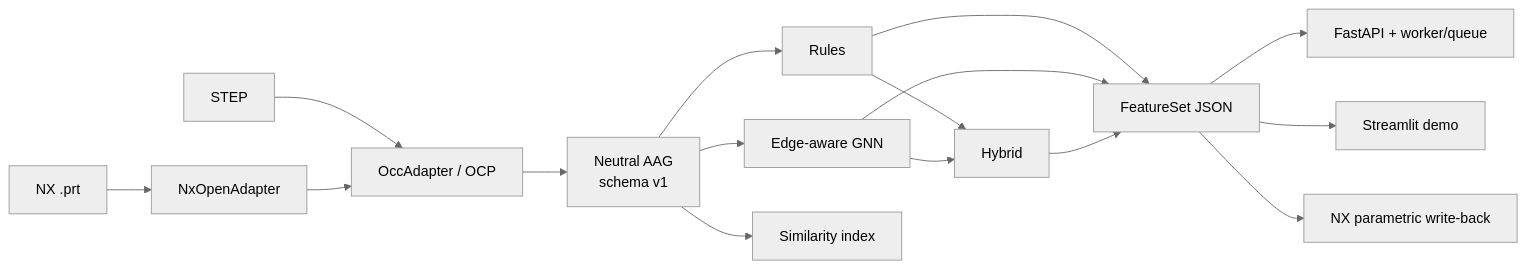
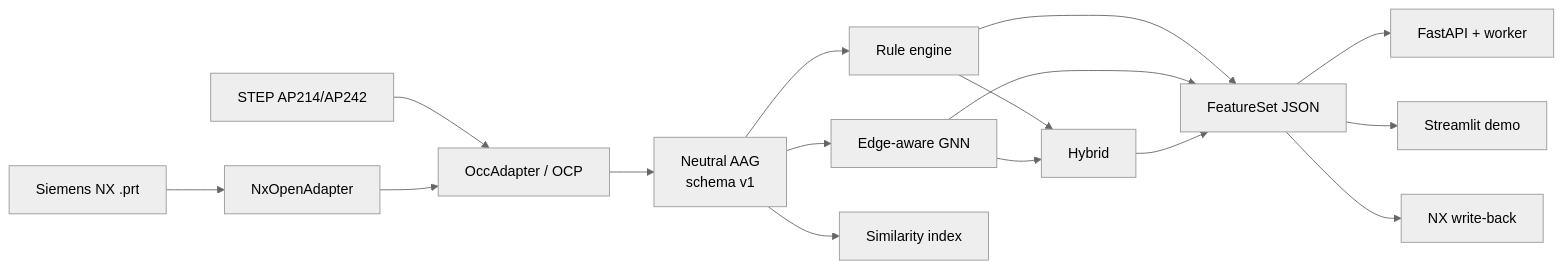
The diagram in README.md (swadhinbiswas/BRepLens), drawn with Mermaid (neutral theme) before and after one commit. The commit also changed other lines of this file and 21 other files, not shown here.

````diff
--- a/README.md
+++ b/README.md
@@ -29,18 +222,18 @@
 ```mermaid
 flowchart LR
-    STEP[STEP] --> OCC[OccAdapter / OCP]
-    NX[NX .prt] --> NXAD[NxOpenAdapter]
+    STEP[STEP AP214/AP242] --> OCC[OccAdapter / OCP]
+    NX[Siemens NX .prt] --> NXAD[NxOpenAdapter]
     NXAD --> OCC
     OCC --> IR[Neutral AAG<br/>schema v1]
-    IR --> RULES[Rules]
+    IR --> RULES[Rule engine]
     IR --> GNN[Edge-aware GNN]
     RULES --> HYB[Hybrid]
     GNN --> HYB
     RULES --> JSON[FeatureSet JSON]
     GNN --> JSON
     HYB --> JSON
     IR --> SIG[Similarity index]
-    JSON --> API[FastAPI + worker/queue]
+    JSON --> API[FastAPI + worker]
     JSON --> UI[Streamlit demo]
-    JSON --> NXWB[NX parametric write-back]
+    JSON --> NXWB[NX write-back]
 ```
````
